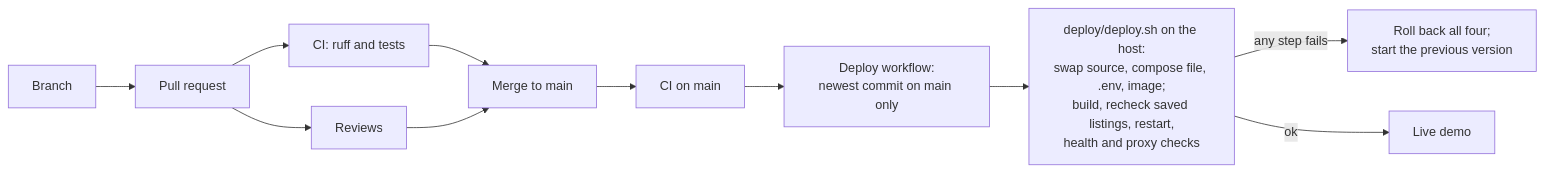
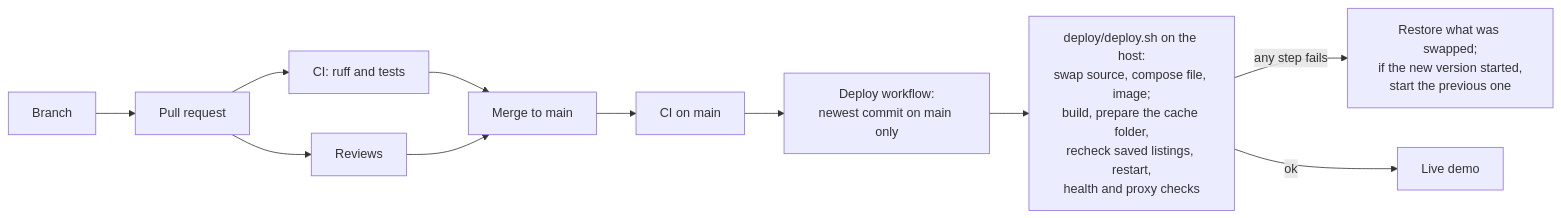
The fifth of 5 diagrams in docs/architecture.md (bsabau/namesake), drawn with Mermaid before and after one commit. The commit also changed other lines of this file, not shown here.

First line of the commit message:
Architecture doc: who decides what, and the reviewers' corrections

````diff
--- a/docs/architecture.md
+++ b/docs/architecture.md
@@ -199,13 +227,13 @@
 ```mermaid
 flowchart LR
     branch["Branch"] --> pr["Pull request"]
     pr --> ci["CI: ruff and tests"]
     pr --> review["Reviews"]
     ci --> merge["Merge to main"]
     review --> merge
     merge --> ci2["CI on main"]
     ci2 --> deploy["Deploy workflow:<br/>newest commit on main only"]
-    deploy --> script["deploy/deploy.sh on the host:<br/>swap source, compose file, .env, image;<br/>build, recheck saved listings, restart,<br/>health and proxy checks"]
-    script -- "any step fails" --> rollback["Roll back all four;<br/>start the previous version"]
+    deploy --> script["deploy/deploy.sh on the host:<br/>swap source, compose file, image;<br/>build, prepare the cache folder,<br/>recheck saved listings, restart,<br/>health and proxy checks"]
+    script -- "any step fails" --> rollback["Restore what was swapped;<br/>if the new version started,<br/>start the previous one"]
     script -- ok --> live["Live demo"]
 ```
````
